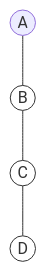
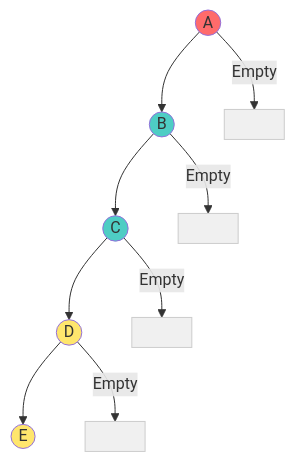
Before and after one commit to ARYAN-KUMAR-22/dsa: the second of 9 diagrams in tree/02_binary_tree_intro.md, drawn with Mermaid. The commit also changed other lines of this file, not shown here.

````diff
--- a/tree/02_binary_tree_intro.md
+++ b/tree/02_binary_tree_intro.md
@@ -46,10 +86,21 @@
 ```mermaid
 graph TD
-    A((A)) --- B((B))
-    B --- C((C))
-    C --- D((D))
+    A((A)) --> B((B))
+    A --> |Empty| E1[ ]
+    B --> C((C))
+    B --> |Empty| E2[ ]
+    C --> D((D))
+    C --> |Empty| E3[ ]
+    D --> E((E))
+    D --> |Empty| E4[ ]
     
-    style B fill:#fff,stroke:#333
-    style C fill:#fff,stroke:#333
-    style D fill:#fff,stroke:#333
+    style A fill:#ff6b6b
+    style B fill:#4ecdc4
+    style C fill:#4ecdc4
+    style D fill:#ffe66d
+    style E fill:#ffe66d
+    style E1 fill:#f0f0f0,stroke:#ccc
+    style E2 fill:#f0f0f0,stroke:#ccc
+    style E3 fill:#f0f0f0,stroke:#ccc
+    style E4 fill:#f0f0f0,stroke:#ccc
 ```
````
